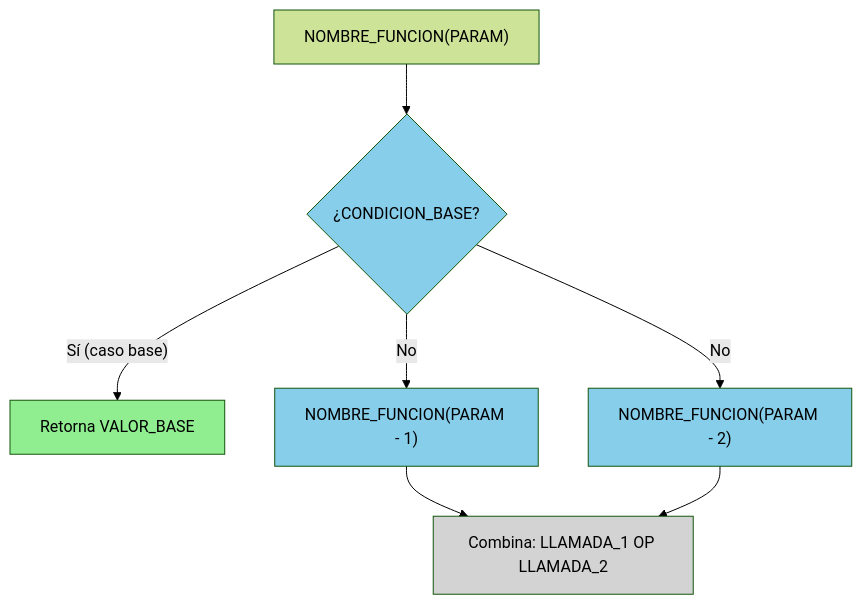
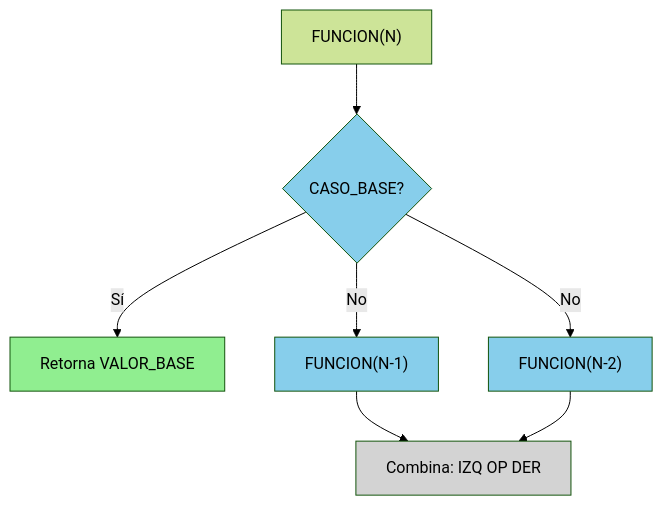
One commit to nehuenlabs/estudios-algoritmos-recursividad changed the fifth of 58 diagrams in plantilla-soluciones.md. Above: the diagram before and after it, drawn with Mermaid (forest theme). The commit also changed other lines of this file, not shown here.

````diff
--- a/plantilla-soluciones.md
+++ b/plantilla-soluciones.md
@@ -102,22 +176,22 @@
 ```mermaid
 flowchart TD
-    A["NOMBRE_FUNCION(PARAM)"]
-    B{"¿CONDICION_BASE?"}
+    A["FUNCION(N)"]
+    B{"CASO_BASE?"}
     C["Retorna VALOR_BASE"]
-    D["NOMBRE_FUNCION(PARAM - 1)"]
-    E["NOMBRE_FUNCION(PARAM - 2)"]
-    F["Combina: LLAMADA_1 OP LLAMADA_2"]
+    D["FUNCION(N-1)"]
+    E["FUNCION(N-2)"]
+    F["Combina: IZQ OP DER"]
 
     A --> B
-    B -- "Sí (caso base)" --> C
+    B -- "Sí" --> C
     B -- "No" --> D
     B -- "No" --> E
     D --> F
     E --> F
 
     style C fill:#90EE90
     style B fill:#87CEEB
     style D fill:#87CEEB
     style E fill:#87CEEB
     style F fill:#D3D3D3
 ```
````
